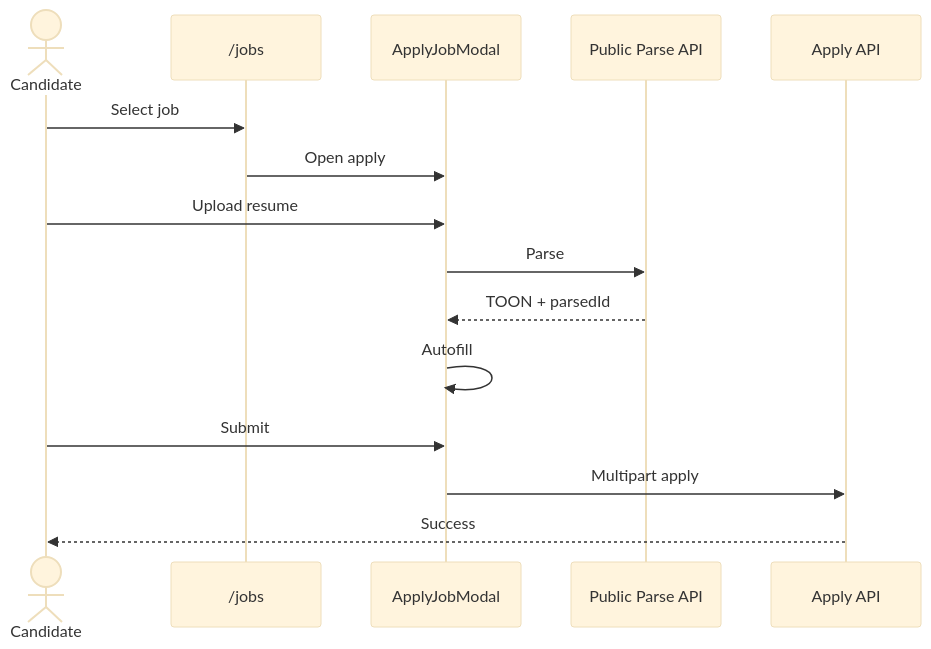
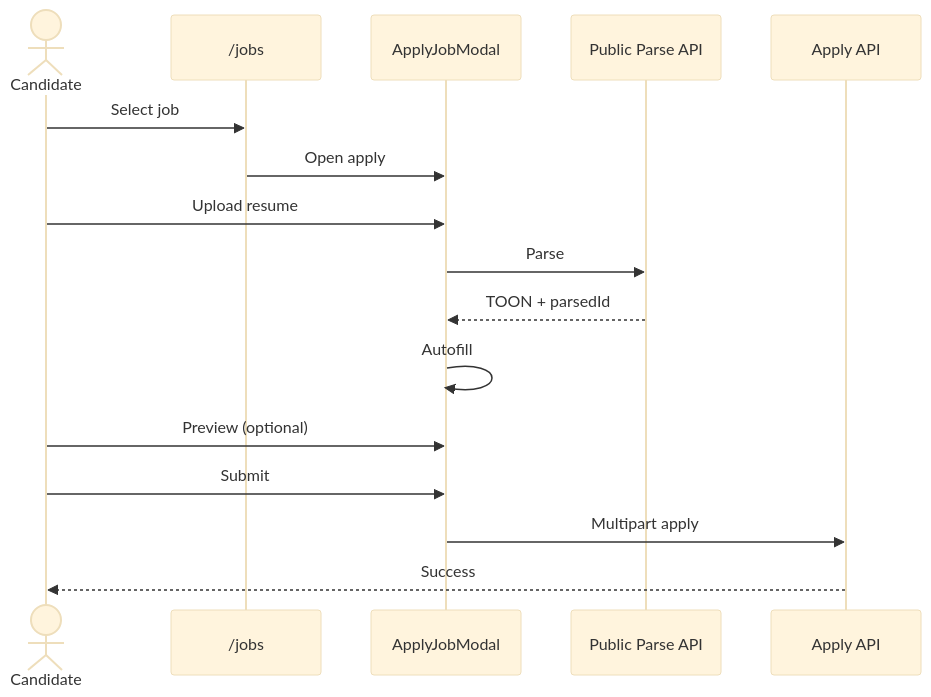
One commit to TechBerryAI/HR-Intelligence-Platform changed the second of 8 diagrams in docs/04-Workflow.md. Above: the diagram before and after it, drawn with Mermaid (base theme). The commit also changed other lines of this file and 49 other files, not shown here.

````diff
--- a/docs/04-Workflow.md
+++ b/docs/04-Workflow.md
@@ -131,17 +133,18 @@
 ```mermaid
 sequenceDiagram
   actor C as Candidate
   participant Jobs as /jobs
   participant Modal as ApplyJobModal
   participant Parse as Public Parse API
   participant Apply as Apply API
   C->>Jobs: Select job
   Jobs->>Modal: Open apply
   C->>Modal: Upload resume
   Modal->>Parse: Parse
   Parse-->>Modal: TOON + parsedId
   Modal->>Modal: Autofill
+  C->>Modal: Preview (optional)
   C->>Modal: Submit
   Modal->>Apply: Multipart apply
   Apply-->>C: Success
 ```
````
